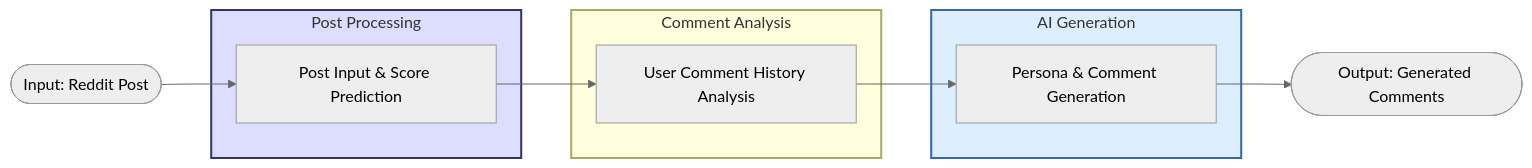
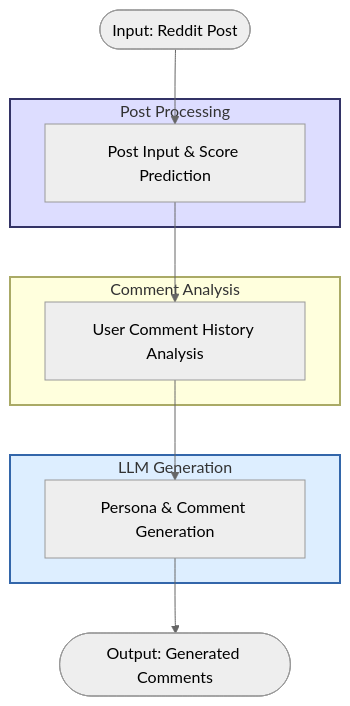
One commit to clotpoledollophead/social-sim changed the diagram in progress report/2025-08-06/flowchart/reddit_workflow_overview.mermaid. Above: the diagram before and after it, drawn with Mermaid (neutral theme). The commit also changed 4 other files, not shown here.

First line of the commit message:
Add Reddit workflow flowcharts and update overview

```diff
--- a/progress report/2025-08-06/flowchart/reddit_workflow_overview.mermaid
+++ b/progress report/2025-08-06/flowchart/reddit_workflow_overview.mermaid
@@ -1,21 +1,21 @@
-flowchart LR
+flowchart TB
     subgraph Phase1["Post Processing"]
         P1["Post Input & Score Prediction"]
     end
     
     subgraph Phase2["Comment Analysis"]
         P2["User Comment History Analysis"]
     end
     
-    subgraph Phase3["AI Generation"]
+    subgraph Phase3["LLM Generation"]
         P3["Persona & Comment Generation"]
     end
     
     Start([Input: Reddit Post]) --> P1
     P1 --> P2
     P2 --> P3
     P3 --> End([Output: Generated Comments])
     
     style Phase1 fill:#DDF,stroke:#336,stroke-width:2px
     style Phase2 fill:#FFD,stroke:#AA6,stroke-width:2px
     style Phase3 fill:#DEF,stroke:#36A,stroke-width:2px
```
